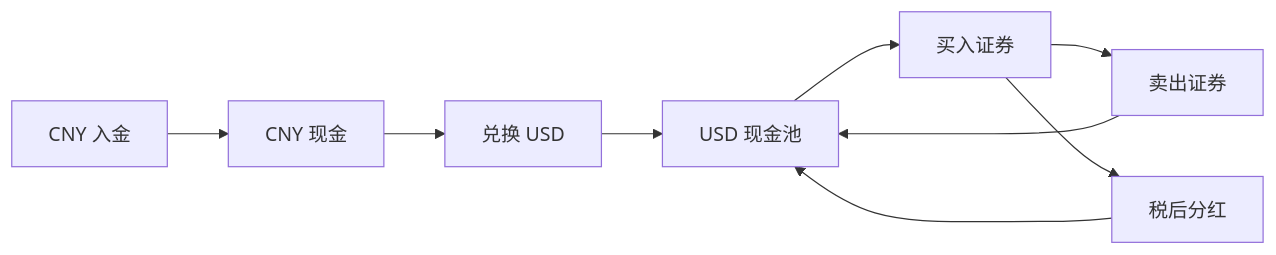
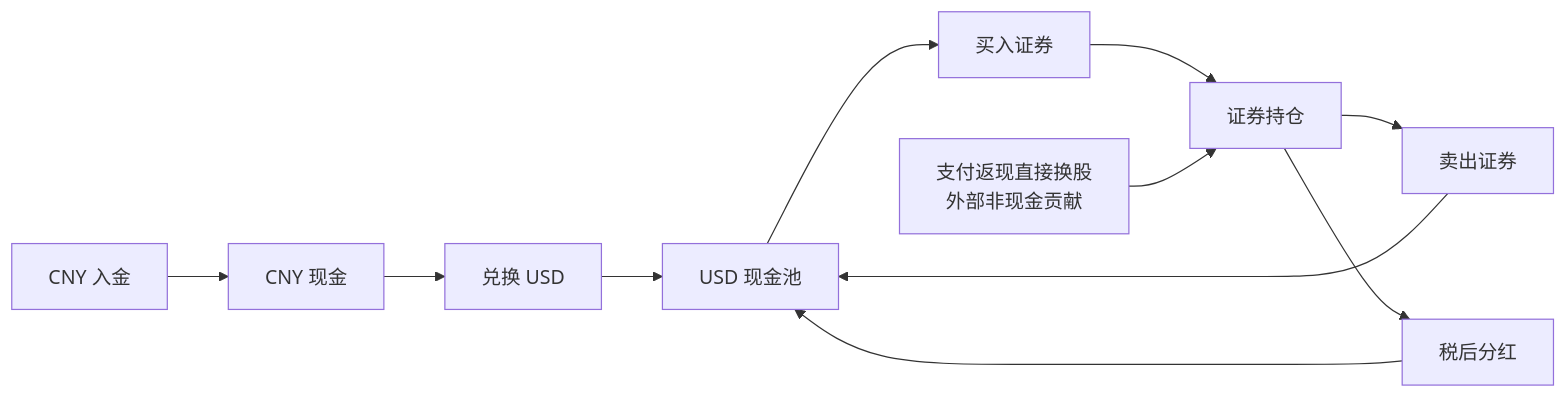
One commit to xue-bowen/atlas-portfolio changed the diagram in docs/DEVELOPMENT_PLAN.md. Above: the diagram before and after it, drawn with Mermaid. The commit also changed other lines of this file and 1 other file, not shown here.

````diff
--- a/docs/DEVELOPMENT_PLAN.md
+++ b/docs/DEVELOPMENT_PLAN.md
@@ -68,11 +69,13 @@
 ```mermaid
 flowchart LR
   A["CNY 入金"] --> B["CNY 现金"]
   B --> C["兑换 USD"]
   C --> D["USD 现金池"]
   D --> E["买入证券"]
-  E --> F["卖出证券"]
-  E --> G["税后分红"]
+  E --> I["证券持仓"]
+  H["支付返现直接换股<br/>外部非现金贡献"] --> I
+  I --> F["卖出证券"]
+  I --> G["税后分红"]
   F --> D
   G --> D
 ```
````
